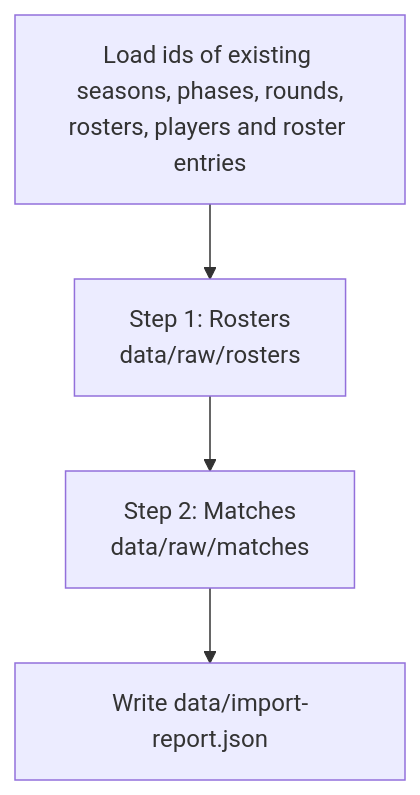
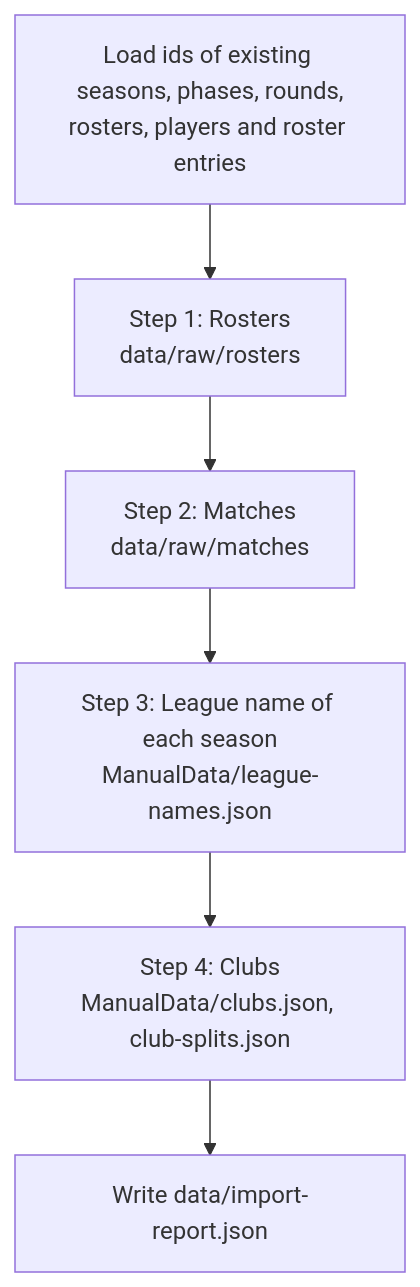
Before and after one commit to karolNiedziela/FantasyVolleyballLeague: the second of 2 diagrams in src/FantasyVolleyballLeague.Importer/README.md, drawn with Mermaid. The commit also changed other lines of this file and 70 other files, not shown here.

````diff
--- a/src/FantasyVolleyballLeague.Importer/README.md
+++ b/src/FantasyVolleyballLeague.Importer/README.md
@@ -77,7 +96,9 @@
 ```mermaid
 flowchart TD
     A[Load ids of existing seasons, phases, rounds,<br/>rosters, players and roster entries] --> B
     B[Step 1: Rosters<br/>data/raw/rosters] --> C
-    C[Step 2: Matches<br/>data/raw/matches] --> D
+    C[Step 2: Matches<br/>data/raw/matches] --> E
+    E[Step 3: League name of each season<br/>ManualData/league-names.json] --> F
+    F[Step 4: Clubs<br/>ManualData/clubs.json, club-splits.json] --> D
     D[Write data/import-report.json]
 ```
````
